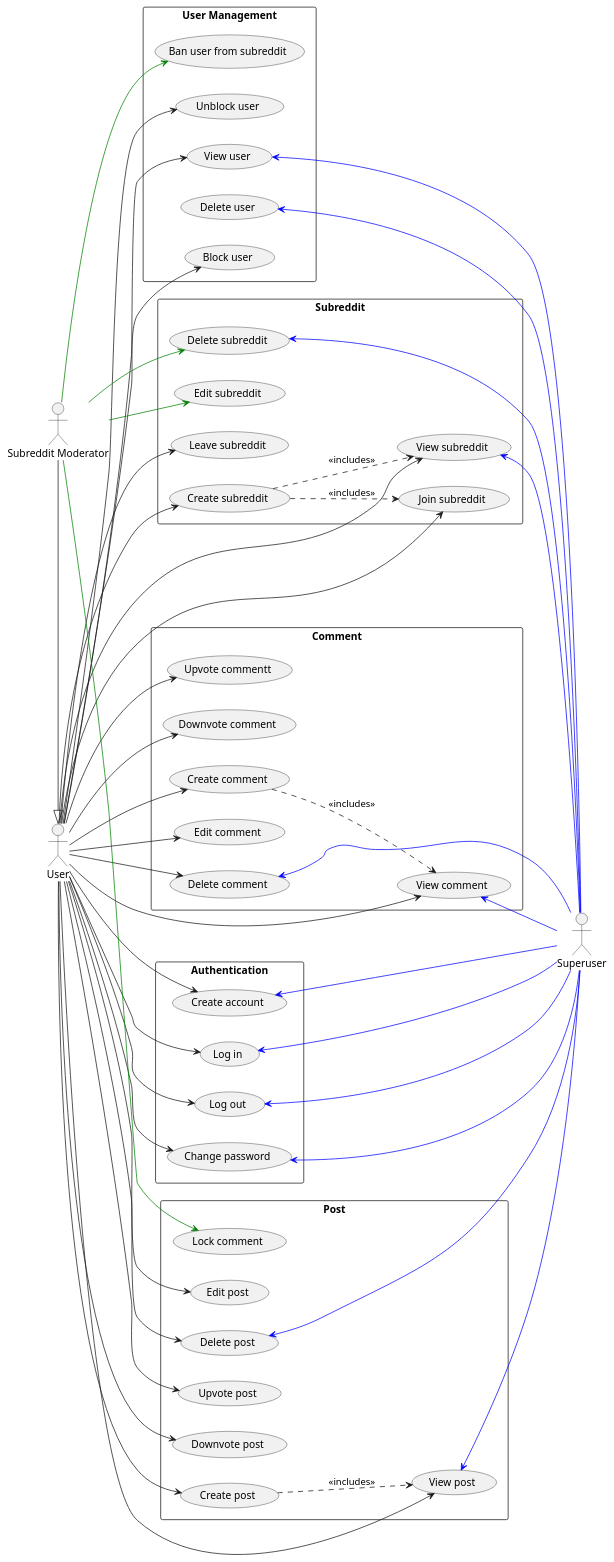
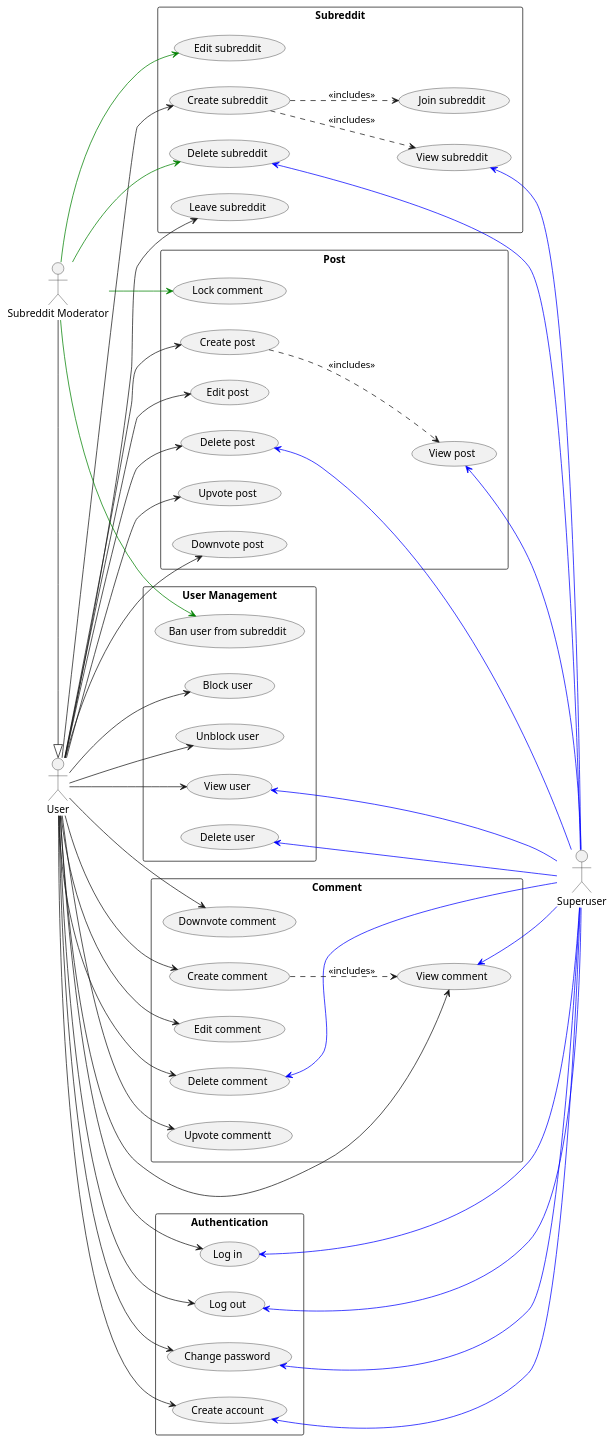
Before and after one commit to Huy-Ngo/reddit-design: the diagram in use_case.puml, drawn with PlantUML. The commit also changed 1 other file, not shown here.

```diff
--- a/use_case.puml
+++ b/use_case.puml
@@ -1,109 +1,106 @@
 @startuml
 skinparam packageStyle rectangle
 left to right direction
 actor "User" as user
 actor "Subreddit Moderator" as mod
 actor "Superuser" as su
 mod -|> user
 
 rectangle Post as post {
   usecase "Create post" as post_create
   usecase "View post" as post_read
   usecase "Edit post" as post_update
   usecase "Delete post" as post_delete
 
   usecase "Upvote post" as post_up
   usecase "Downvote post" as post_down
   usecase "Lock comment" as post_lock
 }
 
 rectangle Comment as cmt {
   usecase "Create comment" as cmt_create
   usecase "View comment" as cmt_read
   usecase "Edit comment" as cmt_update
   usecase "Delete comment" as cmt_delete
 
   usecase "Upvote commentt" as cmt_up
   usecase "Downvote comment" as cmt_down
 }
 
 rectangle Subreddit as sub {
   usecase "Create subreddit" as sub_create
   usecase "View subreddit" as sub_read
   usecase "Edit subreddit" as sub_update
   usecase "Delete subreddit" as sub_delete
 
   usecase "Join subreddit" as sub_join
   usecase "Leave subreddit" as sub_leave
 }
 
 rectangle "User Management" as user_mng {
   usecase "View user" as user_read
   usecase "Delete user" as user_delete
   usecase "Block user" as user_block
   usecase "Unblock user" as user_unblock
   usecase "Ban user from subreddit" as user_ban
 }
 
 rectangle "Authentication" as auth {
   usecase "Create account" as acc_create
   usecase "Log in" as login
   usecase "Log out" as logout
   usecase "Change password" as pwd_change
 }
 
 user --> acc_create
 user --> login
 user --> logout
 user --> pwd_change
 
 user --> post_create
-user --> post_read
 user --> post_update
 user --> post_delete
 
 user --> post_up
 user --> post_down
 
 user --> cmt_create
 user --> cmt_read
 user --> cmt_update
 user --> cmt_delete
 
 user --> cmt_up
 user --> cmt_down
 
 user --> sub_create
-user --> sub_read
-user --> sub_join
 user --> sub_leave
 
 user --> user_block
 user --> user_unblock
 user --> user_read
 
 mod -[#green]-> post_lock
 mod -[#green]-> sub_update
 mod -[#green]-> sub_delete
 mod -[#green]-> user_ban
 
 post_read   <-[#blue]- su
 post_delete <-[#blue]- su
 cmt_read    <-[#blue]- su
 cmt_delete  <-[#blue]- su
 sub_read    <-[#blue]- su
 sub_delete  <-[#blue]- su
 user_read   <-[#blue]- su
 user_delete <-[#blue]- su
 
 acc_create  <-[#blue]- su
 login       <-[#blue]- su
 logout      <-[#blue]- su
 pwd_change  <-[#blue]- su
 
 post_create ..> post_read : <<includes>>
 cmt_create ..> cmt_read : <<includes>>
 sub_create ..> sub_read : <<includes>>
 sub_create ..> sub_join : <<includes>>
 
 @enduml
```
